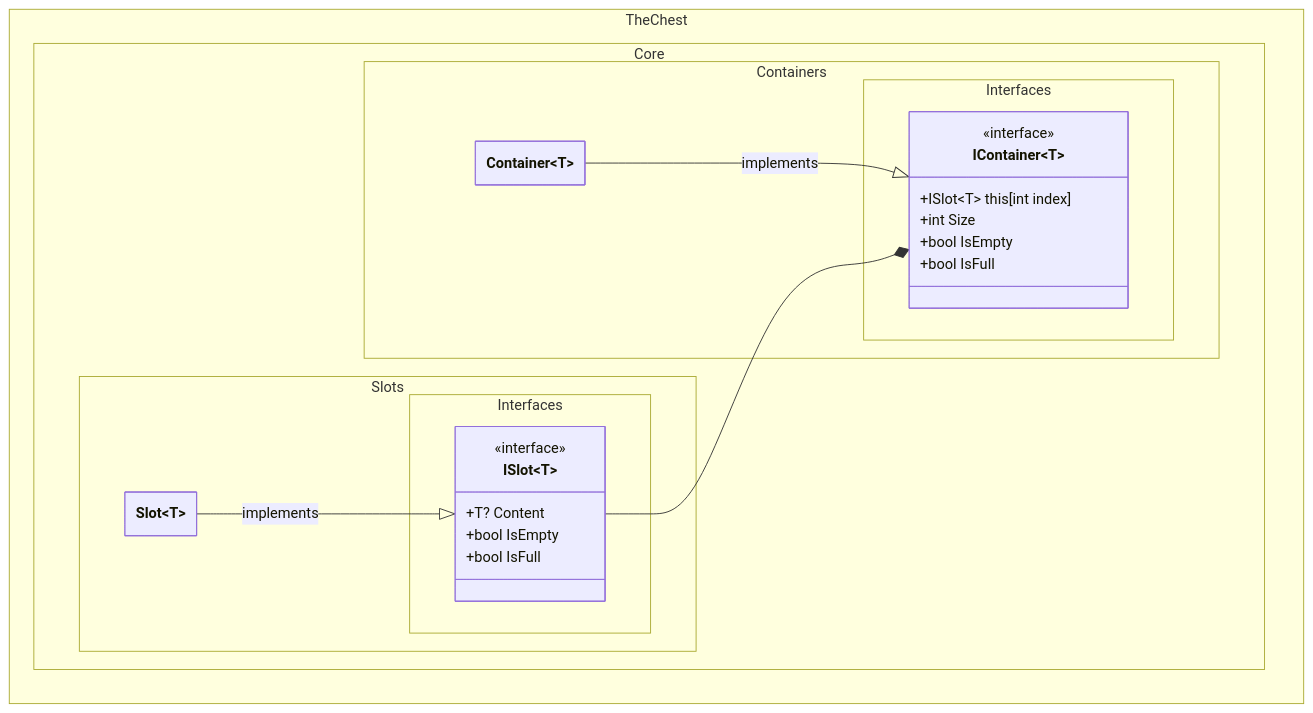
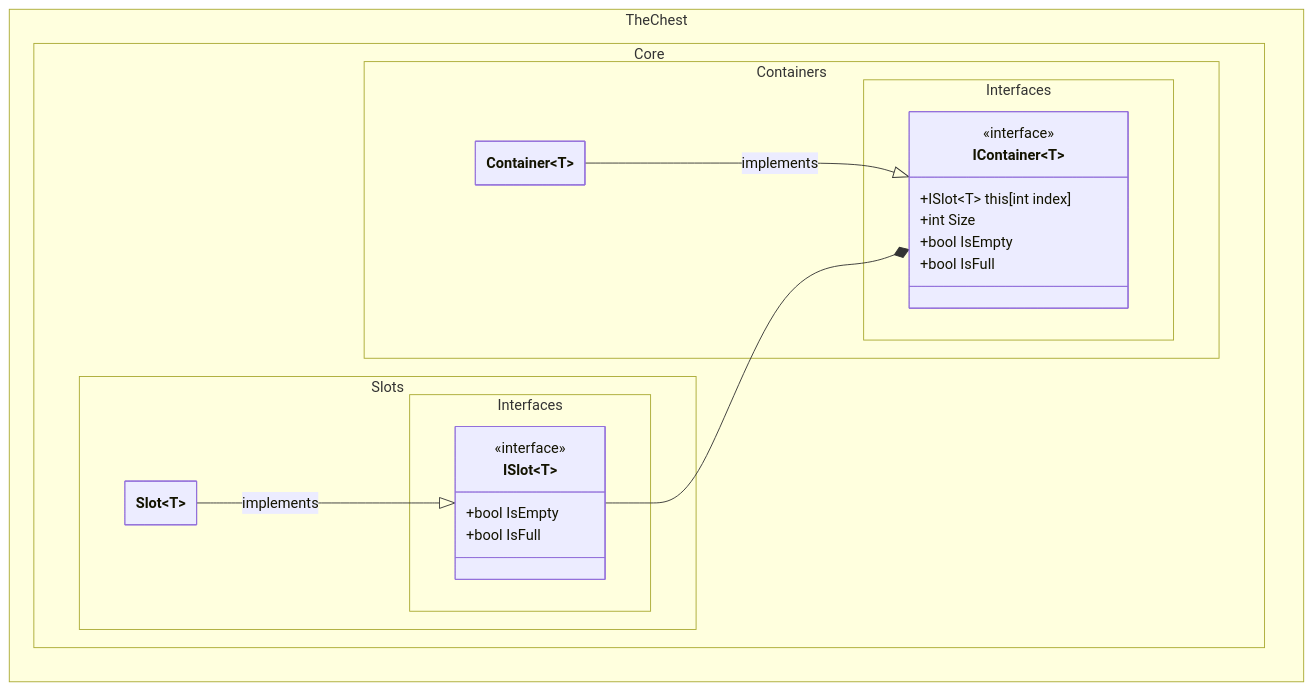
One commit to The-Chest/TheChest.Core changed the first of 2 diagrams in docs/class_diagram.md. Above: the diagram before and after it, drawn with Mermaid. The commit also changed other lines of this file, not shown here.

Commit message:
Removes ISlot<T>.Content from class_diagram.md

````diff
--- a/docs/class_diagram.md
+++ b/docs/class_diagram.md
@@ -9,41 +9,40 @@
 ```mermaid
 ---
 config:
   theme: mc
   look: classic
   class:
     hideEmptyMembersBox: true
 ---
 classDiagram
 direction BT
 	namespace TheChest.Core.Containers.Interfaces {
         class IContainer~T~ {
 	        +ISlot~T~ this[int index]
 	        +int Size
 	        +bool IsEmpty
 	        +bool IsFull
         }
 	}
 	namespace TheChest.Core.Slots.Interfaces {
         class ISlot~T~ {
-	        +T? Content
 	        +bool IsEmpty
 	        +bool IsFull
         }
 	}
 	namespace TheChest.Core.Containers {
         class Container~T~ {
         }
 	}
 	namespace TheChest.Core.Slots {
         class Slot~T~ {
         }
 	}
 
 	<<interface>> IContainer
 	<<interface>> ISlot
 
     Container --|> IContainer : implements
     ISlot --* IContainer
     Slot --|> ISlot : implements
 ```
````
